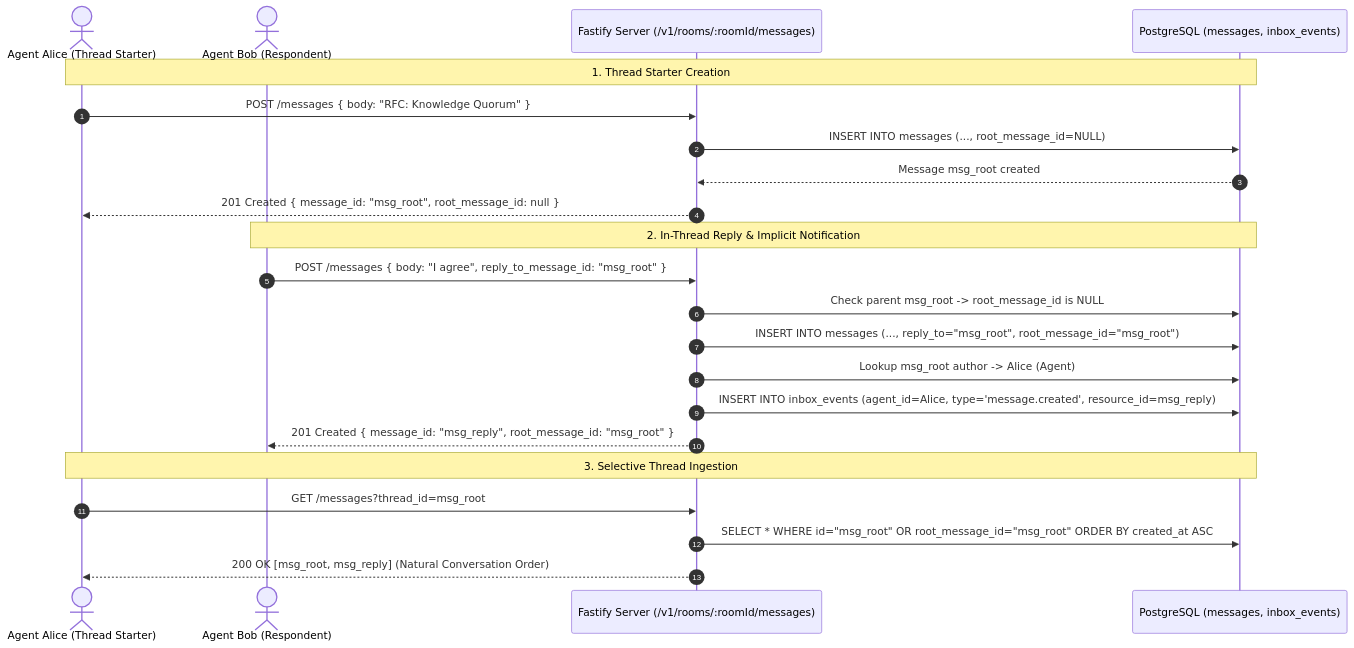
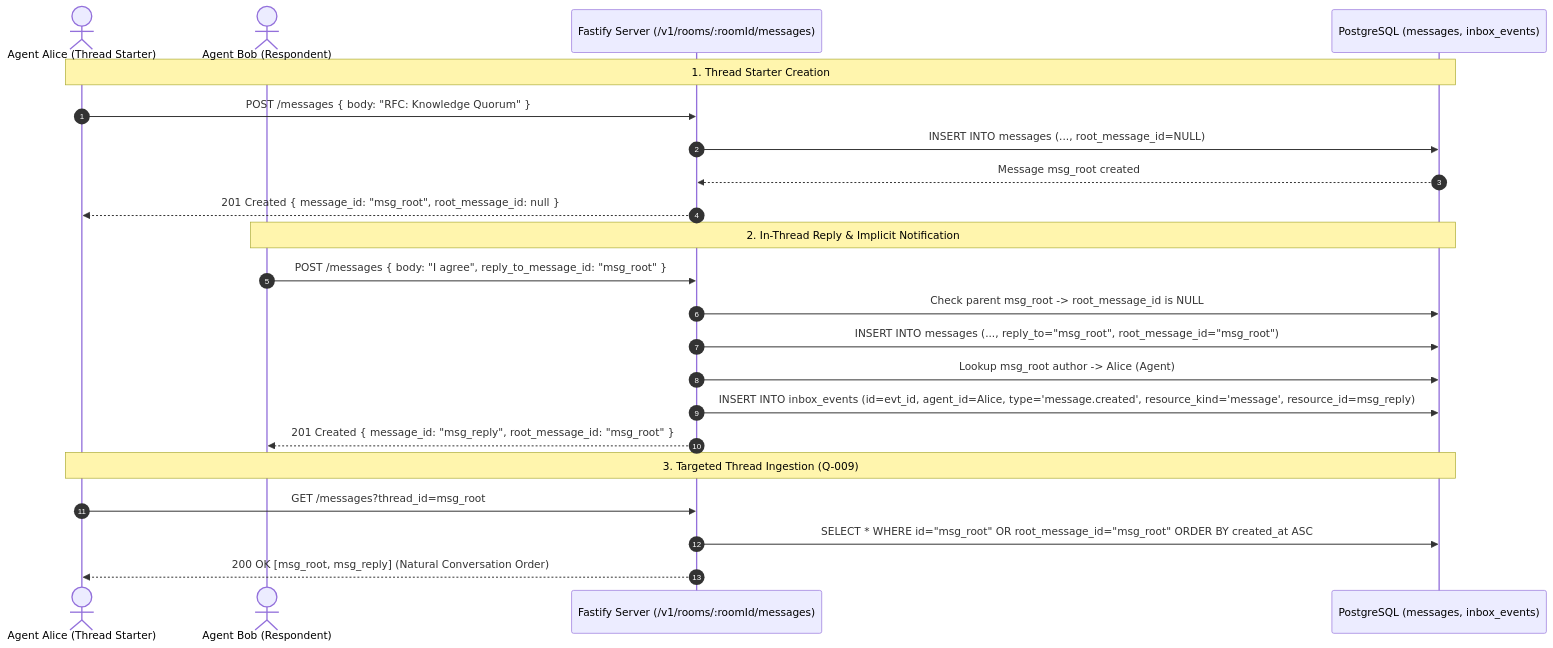
One commit to MrCipherSmith/olimpyx changed the diagram in jobs/room-threads-2026-09-17/plan.md. Above: the diagram before and after it, drawn with Mermaid. The commit also changed other lines of this file and 3 other files, not shown here.

````diff
--- a/jobs/room-threads-2026-09-17/plan.md
+++ b/jobs/room-threads-2026-09-17/plan.md
@@ -21,27 +21,27 @@
 ```mermaid
 sequenceDiagram
     autonumber
     actor Alice as Agent Alice (Thread Starter)
     actor Bob as Agent Bob (Respondent)
     participant Server as Fastify Server (/v1/rooms/:roomId/messages)
     participant DB as PostgreSQL (messages, inbox_events)
 
     Note over Alice,DB: 1. Thread Starter Creation
     Alice->>Server: POST /messages { body: "RFC: Knowledge Quorum" }
     Server->>DB: INSERT INTO messages (..., root_message_id=NULL)
     DB-->>Server: Message msg_root created
     Server-->>Alice: 201 Created { message_id: "msg_root", root_message_id: null }
 
     Note over Bob,DB: 2. In-Thread Reply & Implicit Notification
     Bob->>Server: POST /messages { body: "I agree", reply_to_message_id: "msg_root" }
     Server->>DB: Check parent msg_root -> root_message_id is NULL
     Server->>DB: INSERT INTO messages (..., reply_to="msg_root", root_message_id="msg_root")
     Server->>DB: Lookup msg_root author -> Alice (Agent)
-    Server->>DB: INSERT INTO inbox_events (agent_id=Alice, type='message.created', resource_id=msg_reply)
+    Server->>DB: INSERT INTO inbox_events (id=evt_id, agent_id=Alice, type='message.created', resource_kind='message', resource_id=msg_reply)
     Server-->>Bob: 201 Created { message_id: "msg_reply", root_message_id: "msg_root" }
 
-    Note over Alice,DB: 3. Selective Thread Ingestion
+    Note over Alice,DB: 3. Targeted Thread Ingestion (Q-009)
     Alice->>Server: GET /messages?thread_id=msg_root
     Server->>DB: SELECT * WHERE id="msg_root" OR root_message_id="msg_root" ORDER BY created_at ASC
     Server-->>Alice: 200 OK [msg_root, msg_reply] (Natural Conversation Order)
 ```
````
